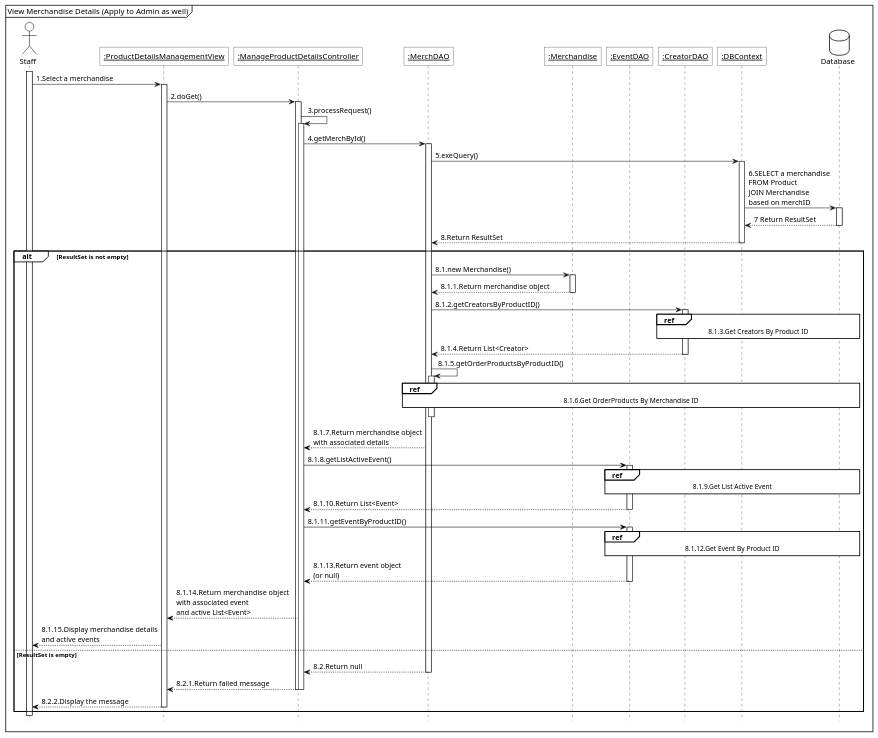
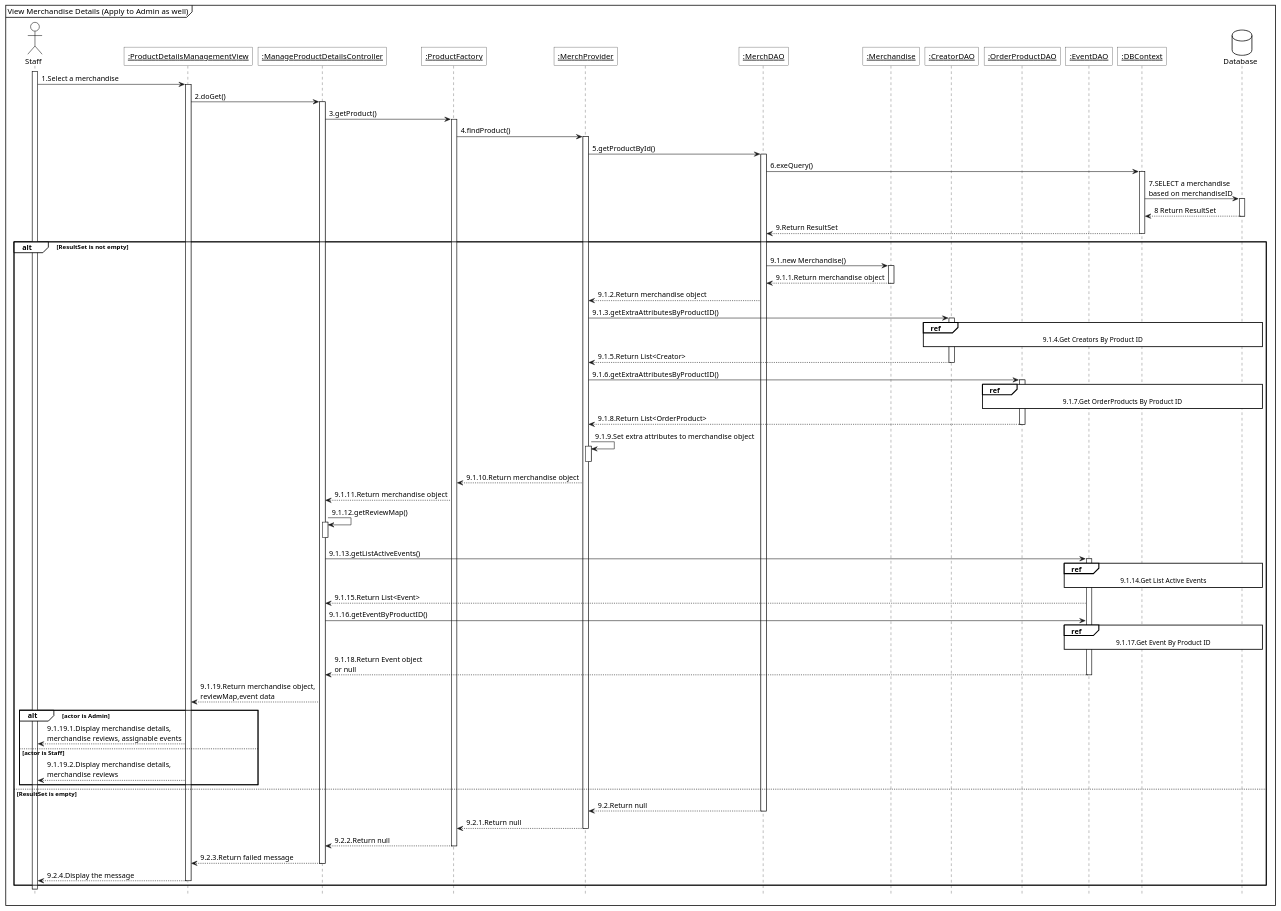
One commit to tienminhthanh/ProjectSWP391 changed the diagram in diagram/sequence/product/management/mane-details/mane_view_merch__details.plantuml. Above: the diagram before and after it, drawn with PlantUML. The commit also changed 31 other files, not shown here.

Commit message:
Add state diagram, Update sequence, class diagrams of Product

```diff
--- a/diagram/sequence/product/management/mane-details/mane_view_merch__details.plantuml
+++ b/diagram/sequence/product/management/mane-details/mane_view_merch__details.plantuml
@@ -1,100 +1,106 @@
 @startuml
 <style>
     sequenceDiagram{
         actor{
             BackgroundColor white
             LineThickness 1.0
         }
         participant{
             BackgroundColor white
             RoundCorner 0
         }
         database{
             BackgroundColor white
         }
         groupHeader{
             BackgroundColor white
         }
         referenceHeader{
             BackgroundColor white
         }
         reference{
             BackgroundColor white
         }
     }
 </style>
 
 hide footbox
 
 mainframe View Merchandise Details (Apply to Admin as well)
 
 actor Staff as act
 
 participant "<u>:ProductDetailsManagementView" as view
-participant "<u>:ManageProductDetailsController" as controller
+participant "<u>:ManageProductDetailsController" as ctrl
+participant "<u>:ProductFactory" as fac
+participant "<u>:MerchProvider" as prv
 participant "<u>:MerchDAO" as dao
 participant "<u>:Merchandise" as pro
-participant "<u>:EventDAO" as evdao
 participant "<u>:CreatorDAO" as credao
+participant "<u>:OrderProductDAO" as opdao
+participant "<u>:EventDAO" as edao
 participant "<u>:DBContext" as context
 
 database Database as db
 
 activate act
 act -> view++:1.Select a merchandise
-view -> controller++:2.doGet()
-controller ->controller++:3.processRequest()
-controller -> dao++:4.getMerchById()
-dao -> context++:5.exeQuery()
-context -> db++:6.SELECT a merchandise\nFROM Product\nJOIN Merchandise\nbased on merchID
-db -->context--: 7 Return ResultSet
-context-->dao--:8.Return ResultSet
+view -> ctrl++:2.doGet()
+ctrl->fac++:3.getProduct()
+fac->prv++:4.findProduct()
+prv -> dao++:5.getProductById()
+dao -> context++:6.exeQuery()
+context -> db++:7.SELECT a merchandise\nbased on merchandiseID
+db -->context--: 8 Return ResultSet
+context-->dao--:9.Return ResultSet
 alt ResultSet is not empty
-    dao -> pro++:8.1.new Merchandise()
-    pro --> dao--:8.1.1.Return merchandise object
-    dao -> credao++:8.1.2.getCreatorsByProductID()
+    dao -> pro++:9.1.new Merchandise()
+    pro --> dao--:9.1.1.Return merchandise object
+    dao-->prv:9.1.2.Return merchandise object
+    prv -> credao++:9.1.3.getExtraAttributesByProductID()
     ref over credao, context, db
-        8.1.3.Get Creators By Product ID
-    end ref
-    credao-->dao--:8.1.4.Return List<Creator>
-
-    dao->dao++:8.1.5.getOrderProductsByProductID()
-    ref over dao, context, db
-        8.1.6.Get OrderProducts By Merchandise ID
+        9.1.4.Get Creators By Product ID
     end ref
 
-    skinparam sequence {
-    ArrowColor transparent
-    }
-    dao->dao--
-    skinparam sequence {
-    ArrowColor black
-    ArrowThickness 1
-    ArrowHeadColor black
-    }
+   
+    credao-->prv--:9.1.5.Return List<Creator>
     
-    dao --> controller:8.1.7.Return merchandise object\nwith associated details
-    
-    controller->evdao++:8.1.8.getListActiveEvent()
-    ref over evdao,context,db
-        8.1.9.Get List Active Event
+
+    prv->opdao++:9.1.6.getExtraAttributesByProductID()
+    ref over opdao, context, db
+        9.1.7.Get OrderProducts By Product ID
     end ref
-    evdao-->controller--:8.1.10.Return List<Event>
+    opdao-->prv--:9.1.8.Return List<OrderProduct>
 
-    controller->evdao++:8.1.11.getEventByProductID()
-    ref over evdao,context,db
-        8.1.12.Get Event By Product ID
+    prv->prv++:9.1.9.Set extra attributes to merchandise object
+    prv--
+    prv --> fac:9.1.10.Return merchandise object
+    fac --> ctrl:9.1.11.Return merchandise object
+    ctrl->ctrl++:9.1.12.getReviewMap()
+    ctrl--
+    ctrl->edao++:9.1.13.getListActiveEvents()
+    ref over edao, context, db
+        9.1.14.Get List Active Events
     end ref
-    evdao-->controller--:8.1.13.Return event object\n(or null)
-
-    controller --> view:8.1.14.Return merchandise object\nwith associated event\nand active List<Event>
-    view --> act:8.1.15.Display merchandise details\nand active events
+    edao-->ctrl:9.1.15.Return List<Event>
+    ctrl->edao:9.1.16.getEventByProductID()
+    ref over edao, context, db
+        9.1.17.Get Event By Product ID
+    end ref
+    edao-->ctrl--:9.1.18.Return Event object\nor null
+    ctrl --> view:9.1.19.Return merchandise object,\nreviewMap,event data
+    alt actor is Admin
+        view --> act:9.1.19.1.Display merchandise details,\nmerchandise reviews, assignable events 
+    else actor is Staff
+        view --> act:9.1.19.2.Display merchandise details,\nmerchandise reviews
+    end
 else ResultSet is empty
-    dao --> controller--: 8.2.Return null
-    controller --> view--: 8.2.1.Return failed message
-    controller--
-    view --> act--:8.2.2.Display the message
+    dao --> prv--: 9.2.Return null
+    prv --> fac--: 9.2.1.Return null
+    fac --> ctrl--: 9.2.2.Return null
+    ctrl --> view--: 9.2.3.Return failed message
+    view --> act--:9.2.4.Display the message    
 end
 
 deactivate act
 @enduml
```
